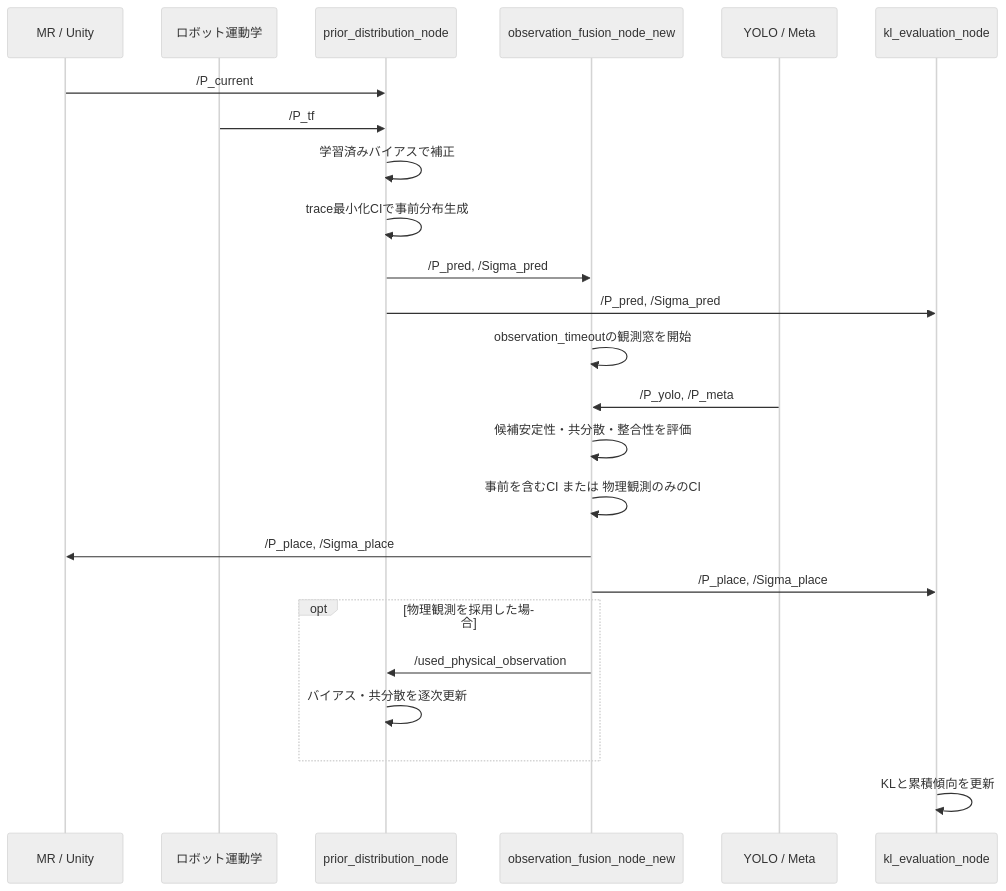
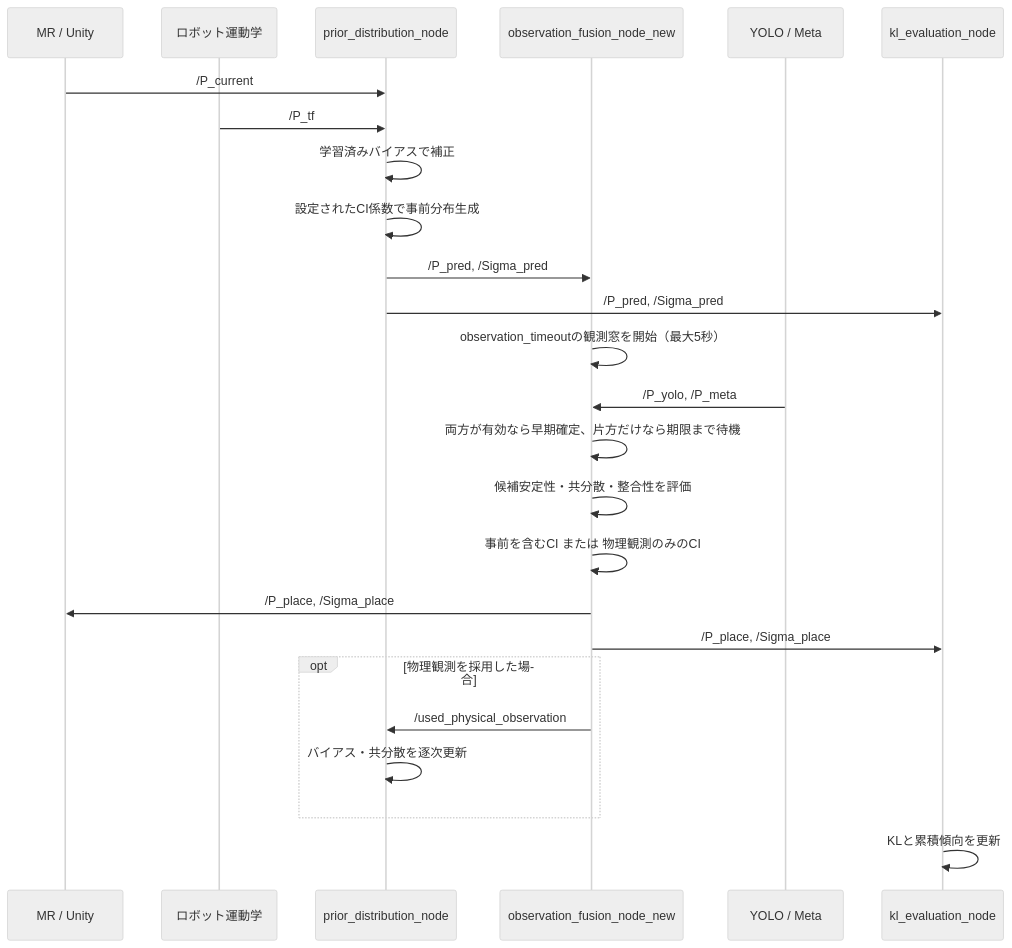
One commit to soma-okamoto/Docker_Youbot_project_gradient changed the third of 5 diagrams in catkin_ws/src/place_estimation/docs/system_architecture.md. Above: the diagram before and after it, drawn with Mermaid (neutral theme). The commit also changed other lines of this file and 64 other files, not shown here.

````diff
--- a/catkin_ws/src/place_estimation/docs/system_architecture.md
+++ b/catkin_ws/src/place_estimation/docs/system_architecture.md
@@ -146,30 +148,31 @@
 ```mermaid
 sequenceDiagram
     participant U as MR / Unity
     participant R as ロボット運動学
     participant P as prior_distribution_node
     participant F as observation_fusion_node_new
     participant S as YOLO / Meta
     participant K as kl_evaluation_node
 
     U->>P: /P_current
     R->>P: /P_tf
     P->>P: 学習済みバイアスで補正
-    P->>P: trace最小化CIで事前分布生成
+    P->>P: 設定されたCI係数で事前分布生成
     P->>F: /P_pred, /Sigma_pred
     P->>K: /P_pred, /Sigma_pred
 
-    F->>F: observation_timeoutの観測窓を開始
+    F->>F: observation_timeoutの観測窓を開始（最大5秒）
     S->>F: /P_yolo, /P_meta
+    F->>F: 両方が有効なら早期確定、片方だけなら期限まで待機
     F->>F: 候補安定性・共分散・整合性を評価
     F->>F: 事前を含むCI または 物理観測のみのCI
     F->>U: /P_place, /Sigma_place
     F->>K: /P_place, /Sigma_place
 
     opt 物理観測を採用した場合
         F->>P: /used_physical_observation
         P->>P: バイアス・共分散を逐次更新
     end
 
     K->>K: KLと累積傾向を更新
 ```
````
